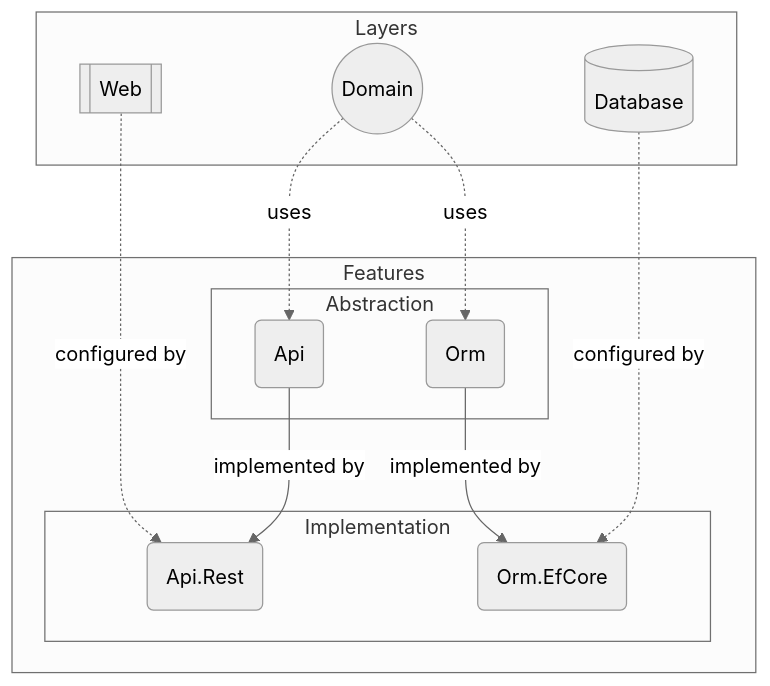
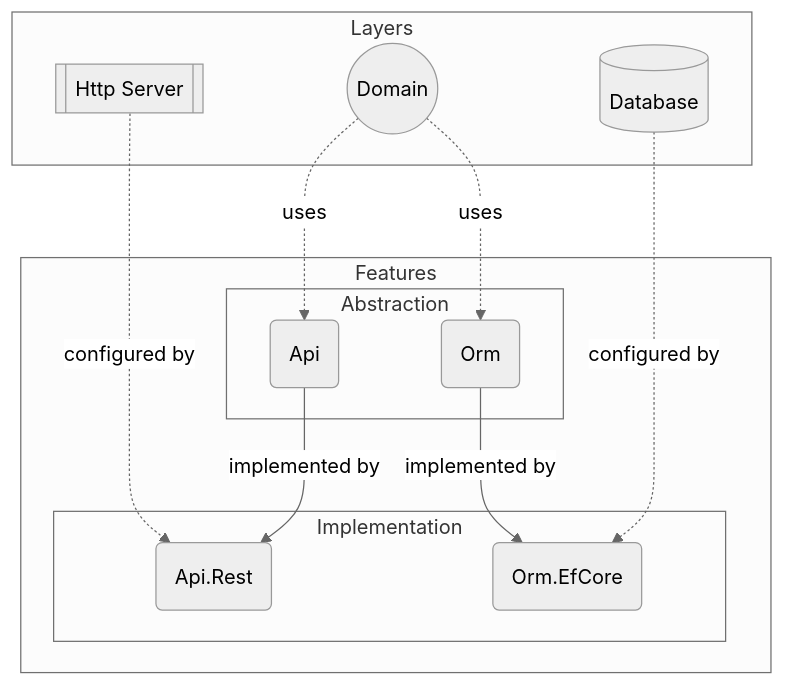
The fourth of 4 diagrams in docs/architecture/README.md (mouseless/baked), drawn with Mermaid (neutral theme) before and after one commit. The commit also changed other lines of this file and 6 other files, not shown here.

Commit message:
rename web layer as http server layer in docs

````diff
--- a/docs/architecture/README.md
+++ b/docs/architecture/README.md
@@ -143,27 +143,27 @@
 ```mermaid
 flowchart TB
   subgraph Layers
-    W[[Web]]
+    HS[[Http Server]]
     D((Domain))
     DB[(Database)]
   end
 
   subgraph Features
     subgraph Abstraction
       A(Api)
       O(Orm)
     end
 
     subgraph Implementation
       AR(Api.Rest)
       OE(Orm.EfCore)
     end
   end
 
-  W -.configured by.-> AR
+  HS -.configured by.-> AR
   A --implemented by--> AR
   D -.uses.-> A
   D -.uses.-> O
   O --implemented by--> OE
   DB -.configured by.-> OE
 ```
````
